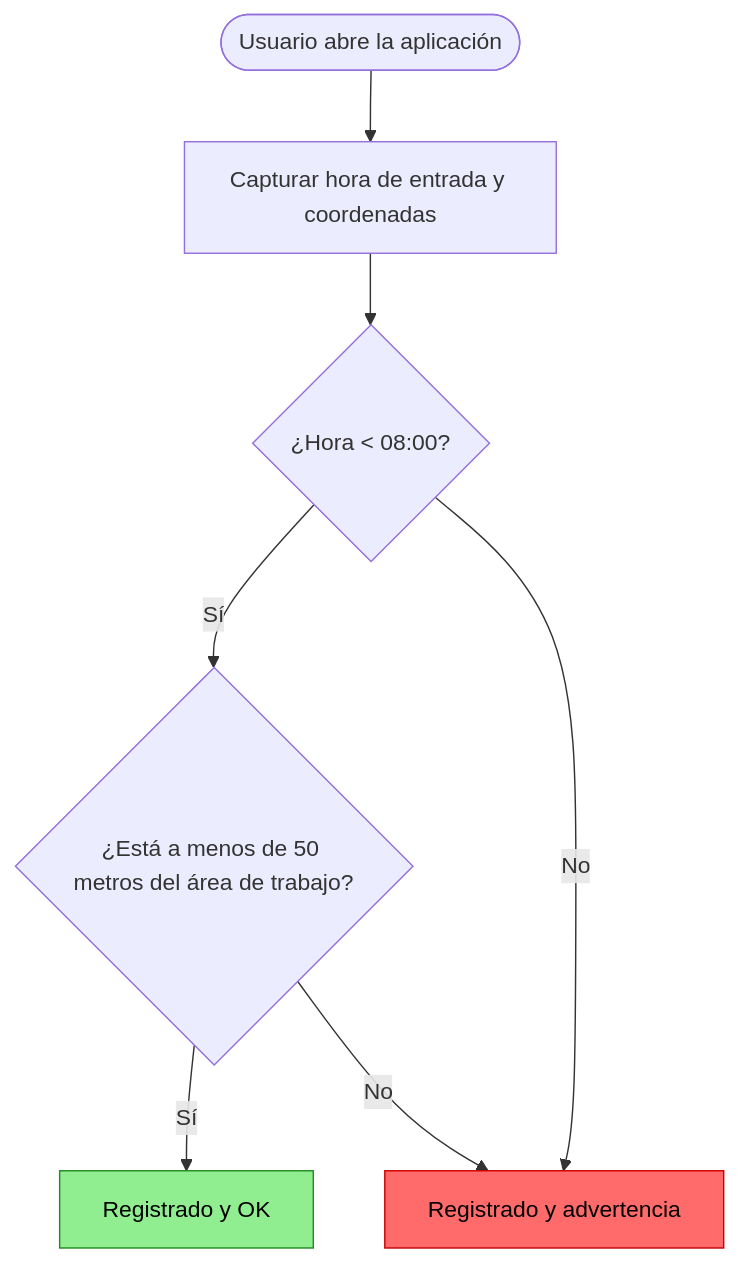
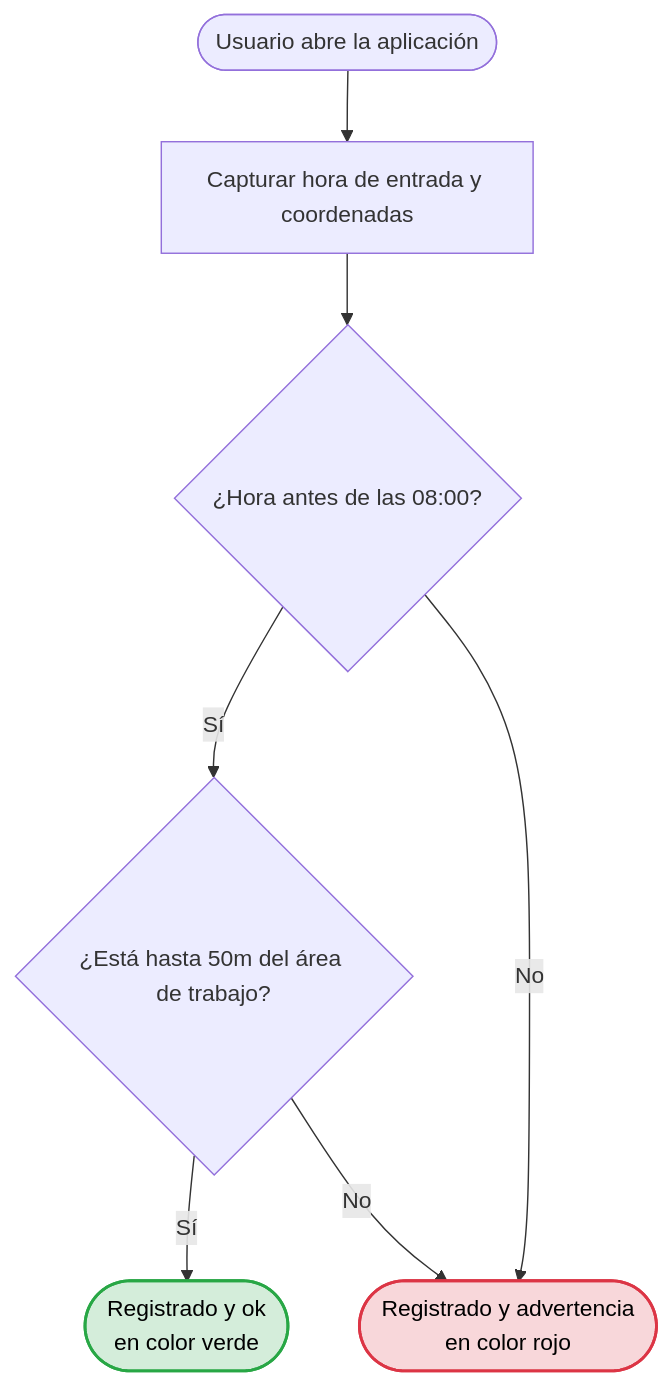
The diagram in README.md (lisaestrellita7/diagrama-control-asistencia), drawn with Mermaid before and after one commit.

````diff
--- a/README.md
+++ b/README.md
@@ -1,11 +1,18 @@
 ```mermaid
 flowchart TD
     A([Usuario abre la aplicación]) --> B[Capturar hora de entrada y coordenadas]
-    B --> C{¿Hora < 08:00?}
-    C -->|Sí| D{¿Está a menos de 50 metros del área de trabajo?}
-    C -->|No| F[Registrado y advertencia]
-    D -->|Sí| E[Registrado y OK]
+    
+    B --> C{"¿Hora antes de las 08:00?"}
+    
+    C -->|Sí| D{"¿Está hasta 50m del área de trabajo?"}
+    C -->|No| F(["Registrado y advertencia<br>en color rojo"])
+    
+    D -->|Sí| E(["Registrado y ok<br>en color verde"])
     D -->|No| F
-    style E fill:#90EE90,stroke:#228B22,color:#000
-    style F fill:#FF6B6B,stroke:#CC0000,color:#000
+    
+    classDef verde fill:#d4edda,stroke:#28a745,stroke-width:2px,color:#000
+    classDef rojo fill:#f8d7da,stroke:#dc3545,stroke-width:2px,color:#000
+    
+    class E verde
+    class F rojo
 ```
````
